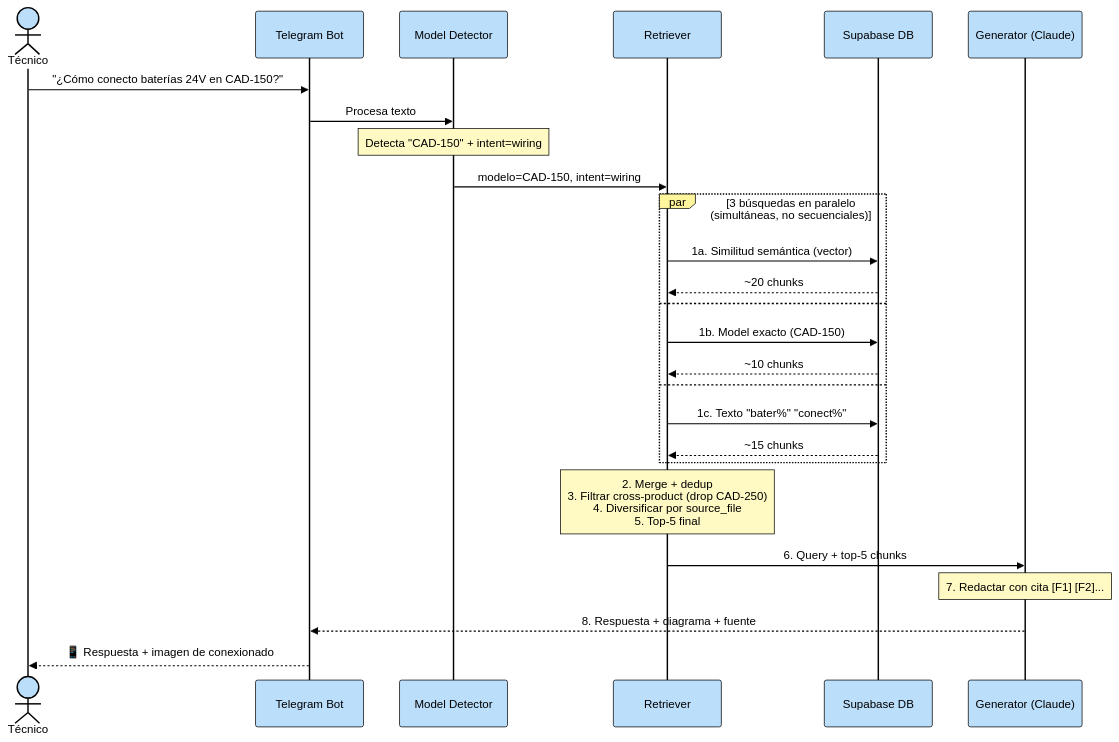
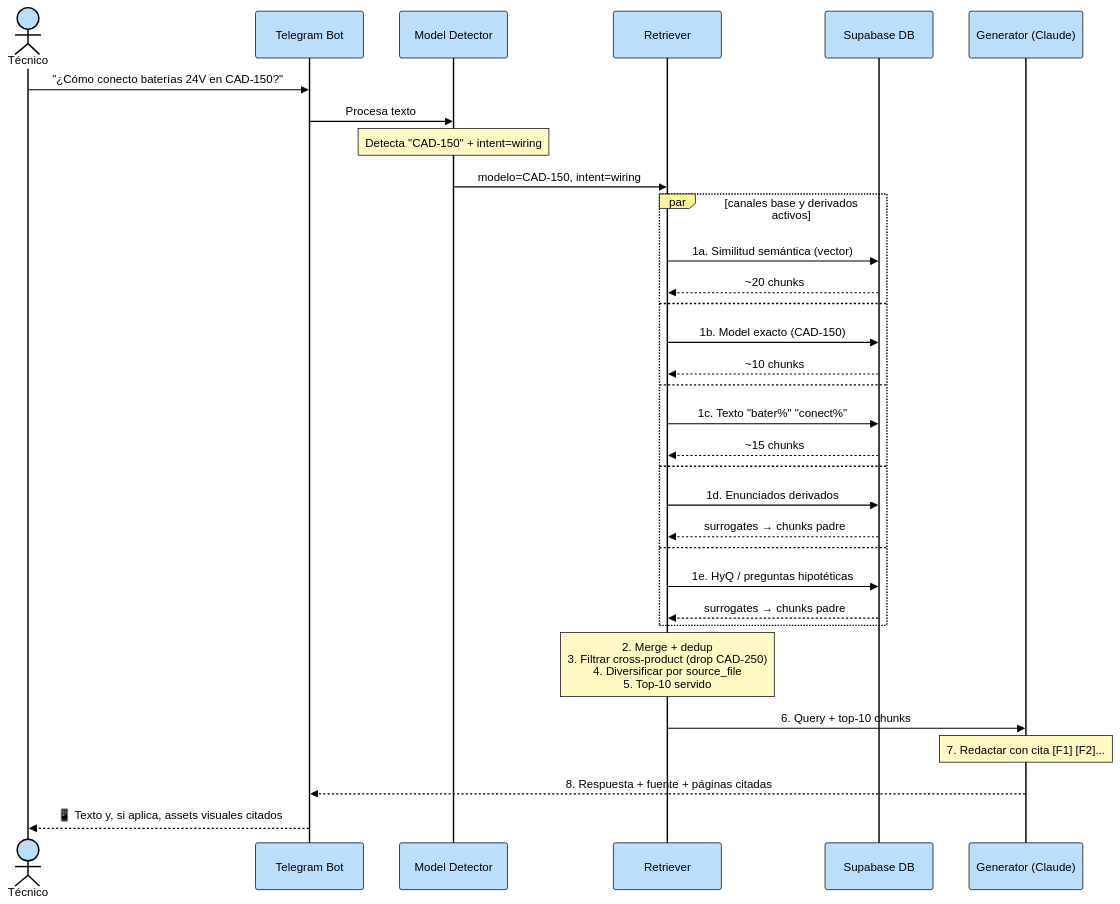
One commit to albertofontiber/technical_bot changed the third of 8 diagrams in docs/ARCHITECTURE.md. Above: the diagram before and after it, drawn with Mermaid. The commit also changed other lines of this file and 61 other files, not shown here.

````diff
--- a/docs/ARCHITECTURE.md
+++ b/docs/ARCHITECTURE.md
@@ -259,33 +267,39 @@
 ```mermaid
 %%{init: {'theme':'base', 'themeVariables':{'primaryColor':'#ffffff','primaryTextColor':'#000000','primaryBorderColor':'#000000','lineColor':'#000000','textColor':'#000000','actorBkg':'#bbdefb','actorBorder':'#000000','actorTextColor':'#000000','signalColor':'#000000','signalTextColor':'#000000','labelBoxBkgColor':'#fff59d','labelBoxBorderColor':'#000000','labelTextColor':'#000000','noteBkgColor':'#fff9c4','noteTextColor':'#000000','noteBorderColor':'#000000','activationBkgColor':'#bbdefb','activationBorderColor':'#000000','sequenceNumberColor':'#000000'}}}%%
 sequenceDiagram
     actor Técnico
     participant Bot as Telegram Bot
     participant Router as Model Detector
     participant Retriever as Retriever
     participant DB as Supabase DB
     participant Gen as Generator (Claude)
     
     Técnico->>Bot: "¿Cómo conecto baterías 24V en CAD-150?"
     Bot->>Router: Procesa texto
     Note over Router: Detecta "CAD-150" + intent=wiring
     Router->>Retriever: modelo=CAD-150, intent=wiring
     
-    par 3 búsquedas en paralelo (simultáneas, no secuenciales)
+    par canales base y derivados activos
         Retriever->>DB: 1a. Similitud semántica (vector)
         DB-->>Retriever: ~20 chunks
     and
         Retriever->>DB: 1b. Model exacto (CAD-150)
         DB-->>Retriever: ~10 chunks
     and
         Retriever->>DB: 1c. Texto "bater%" "conect%"
         DB-->>Retriever: ~15 chunks
+    and
+        Retriever->>DB: 1d. Enunciados derivados
+        DB-->>Retriever: surrogates → chunks padre
+    and
+        Retriever->>DB: 1e. HyQ / preguntas hipotéticas
+        DB-->>Retriever: surrogates → chunks padre
     end
     
-    Note over Retriever: 2. Merge + dedup<br/>3. Filtrar cross-product (drop CAD-250)<br/>4. Diversificar por source_file<br/>5. Top-5 final
+    Note over Retriever: 2. Merge + dedup<br/>3. Filtrar cross-product (drop CAD-250)<br/>4. Diversificar por source_file<br/>5. Top-10 servido
     
-    Retriever->>Gen: 6. Query + top-5 chunks
+    Retriever->>Gen: 6. Query + top-10 chunks
     Note over Gen: 7. Redactar con cita [F1] [F2]...
-    Gen-->>Bot: 8. Respuesta + diagrama + fuente
-    Bot-->>Técnico: 📱 Respuesta + imagen de conexionado
+    Gen-->>Bot: 8. Respuesta + fuente + páginas citadas
+    Bot-->>Técnico: 📱 Texto y, si aplica, assets visuales citados
 ```
````
